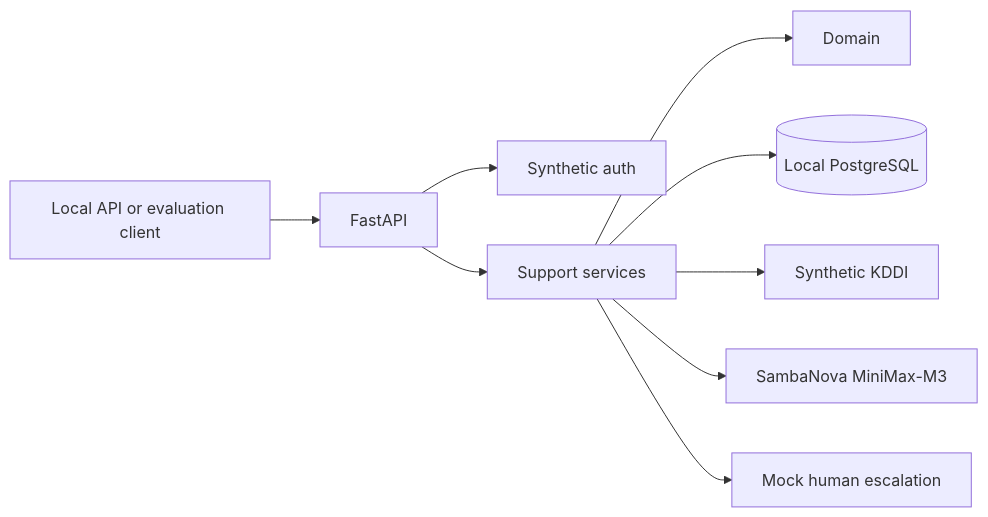
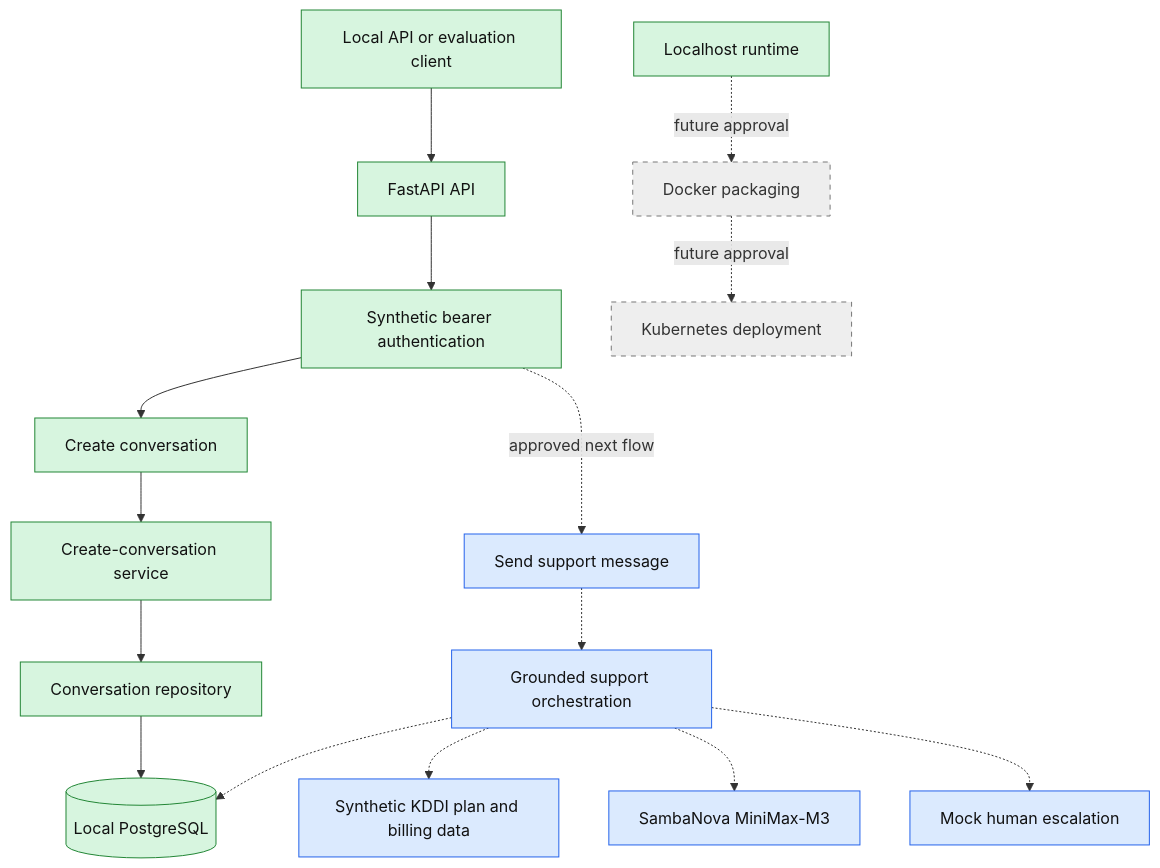
Before and after one commit to reggie-lu/codex-telecom-agent-workspace: the diagram in docs/ARCHITECTURE.md, drawn with Mermaid. The commit also changed other lines of this file and 3 other files, not shown here.

````diff
--- a/docs/ARCHITECTURE.md
+++ b/docs/ARCHITECTURE.md
@@ -152,11 +158,28 @@
 ```mermaid
-flowchart LR
-    Client[Local API or evaluation client] --> API[FastAPI]
-    API --> Auth[Synthetic auth]
-    API --> Services[Support services]
-    Services --> Domain[Domain]
-    Services --> DB[(Local PostgreSQL)]
-    Services --> KDDI[Synthetic KDDI]
-    Services --> Model[SambaNova MiniMax-M3]
-    Services --> Escalation[Mock human escalation]
+flowchart TB
+    Client[Local API or evaluation client] --> API[FastAPI API]
+    API --> Auth[Synthetic bearer authentication]
+
+    Auth --> Create[Create conversation]
+    Create --> ConversationService[Create-conversation service]
+    ConversationService --> ConversationRepo[Conversation repository]
+    ConversationRepo --> DB[(Local PostgreSQL)]
+
+    Auth -. approved next flow .-> Message[Send support message]
+    Message -.-> Support[Grounded support orchestration]
+    Support -.-> KDDI[Synthetic KDDI plan and billing data]
+    Support -.-> Model[SambaNova MiniMax-M3]
+    Support -.-> DB
+    Support -.-> Escalation[Mock human escalation]
+
+    Local[Localhost runtime] -. future approval .-> Docker[Docker packaging]
+    Docker -. future approval .-> K8s[Kubernetes deployment]
+
+    classDef implemented fill:#d7f5df,stroke:#238636,color:#111
+    classDef agreed fill:#dbeafe,stroke:#2563eb,color:#111
+    classDef deferred fill:#eeeeee,stroke:#777,color:#333,stroke-dasharray:5 5
+
+    class Client,API,Auth,Create,ConversationService,ConversationRepo,DB,Local implemented
+    class Message,Support,KDDI,Model,Escalation agreed
+    class Docker,K8s deferred
 ```
````
